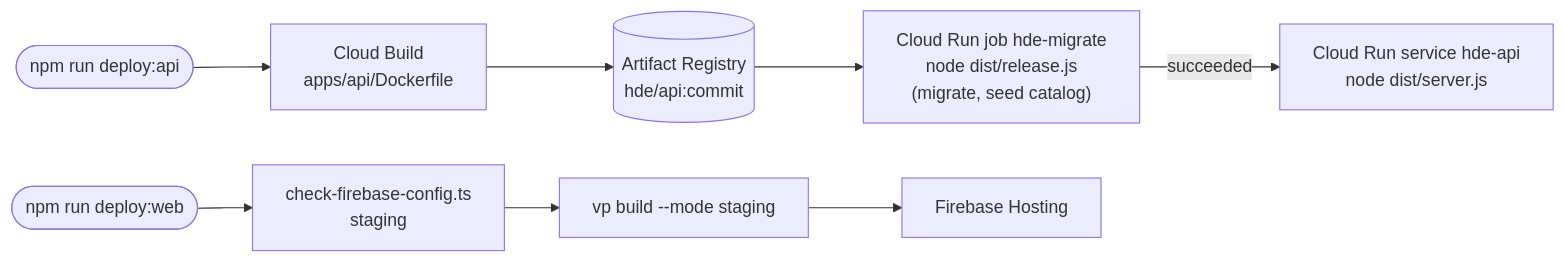
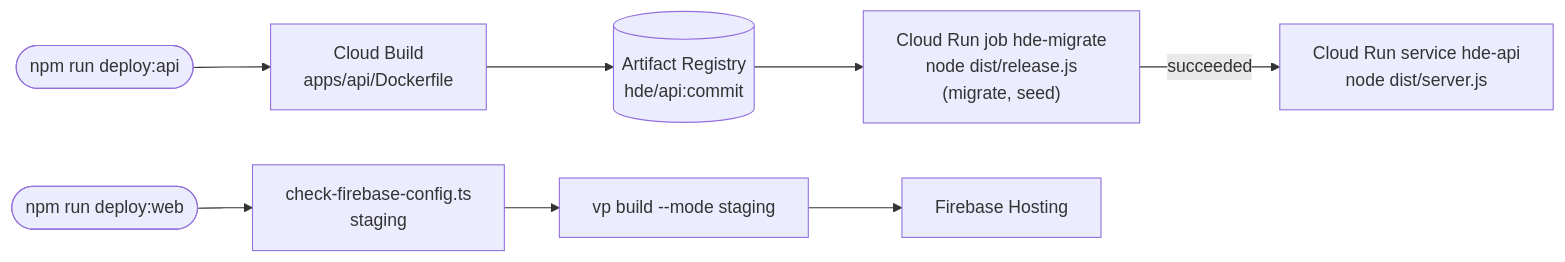
One commit to Valiance-Studios/halo-drivers-ed changed diagram 12 of 12 in ARCHITECTURE.md. Above: the diagram before and after it, drawn with Mermaid. The commit also changed other lines of this file and 17 other files, not shown here.

````diff
--- a/ARCHITECTURE.md
+++ b/ARCHITECTURE.md
@@ -509,10 +518,10 @@
 ```mermaid
 flowchart LR
     dev([npm run deploy:api]) --> build["Cloud Build<br/>apps/api/Dockerfile"]
     build --> registry[("Artifact Registry<br/>hde/api:commit")]
-    registry --> job["Cloud Run job hde-migrate<br/>node dist/release.js<br/>(migrate, seed catalog)"]
+    registry --> job["Cloud Run job hde-migrate<br/>node dist/release.js<br/>(migrate, seed)"]
     job -- "succeeded" --> service["Cloud Run service hde-api<br/>node dist/server.js"]
     web([npm run deploy:web]) --> check["check-firebase-config.ts<br/>staging"]
     check --> vite["vp build --mode staging"]
     vite --> hosting["Firebase Hosting"]
 ```
````
